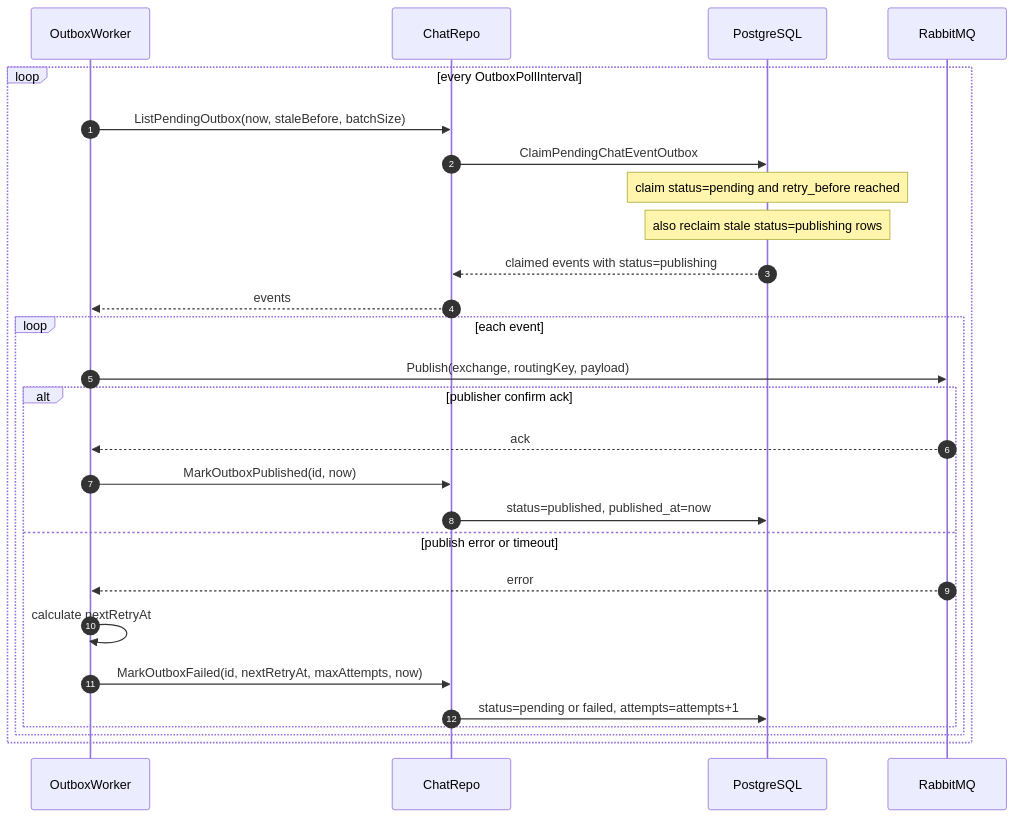
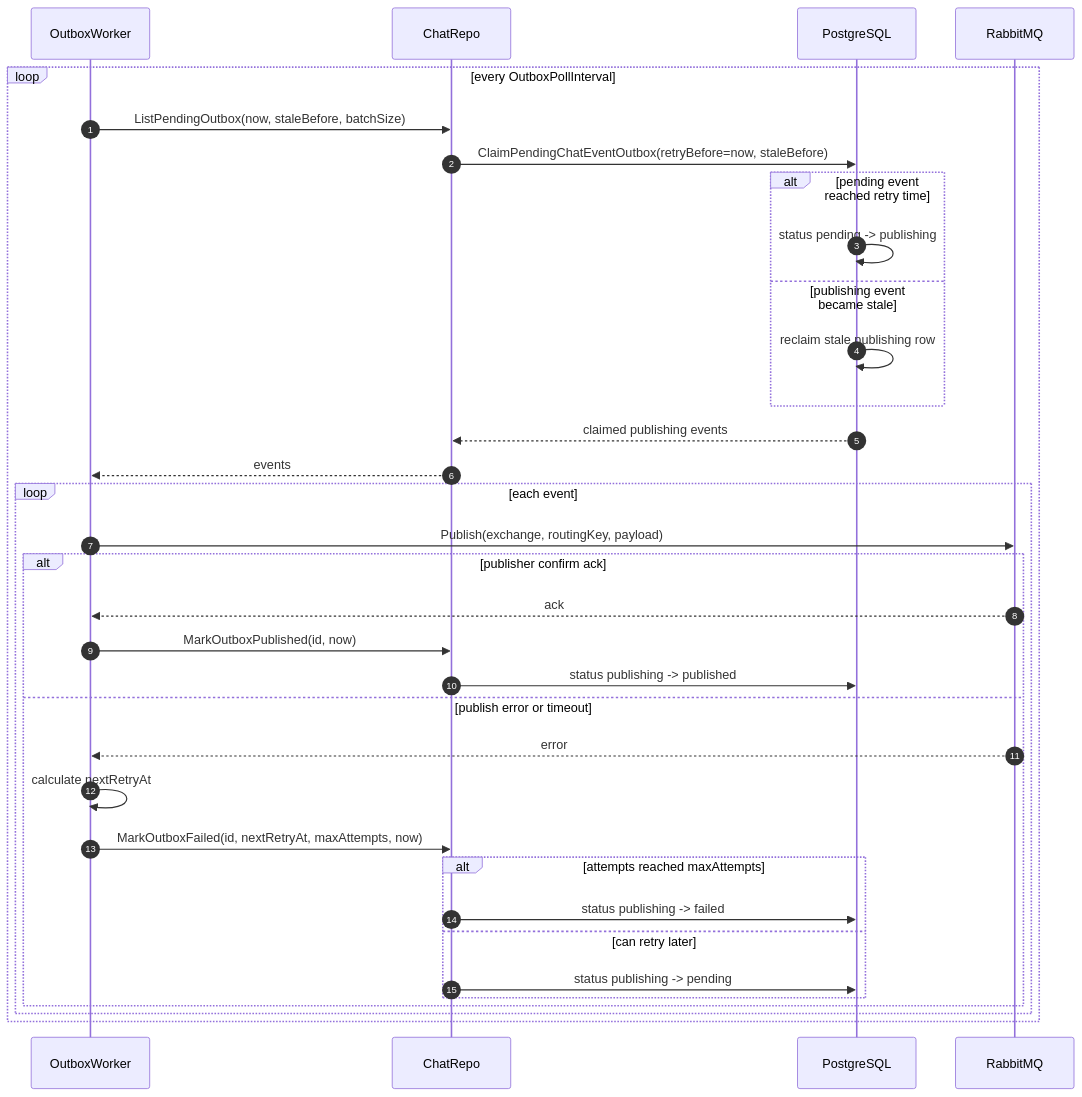
One commit to Goblin-Master/nurture changed the fourth of 6 diagrams in internal/chat/doc/README.md. Above: the diagram before and after it, drawn with Mermaid.

Commit message:
docs: clarify chat outbox sequence diagram

````diff
--- a/internal/chat/doc/README.md
+++ b/internal/chat/doc/README.md
@@ -135,31 +135,38 @@
 ```mermaid
 sequenceDiagram
   autonumber
   participant Outbox as OutboxWorker
   participant Repo as ChatRepo
   participant DB as PostgreSQL
   participant MQ as RabbitMQ
 
   loop every OutboxPollInterval
     Outbox->>Repo: ListPendingOutbox(now, staleBefore, batchSize)
-    Repo->>DB: ClaimPendingChatEventOutbox
-    Note over DB: claim status=pending and retry_before reached
-    Note over DB: also reclaim stale status=publishing rows
-    DB-->>Repo: claimed events with status=publishing
+    Repo->>DB: ClaimPendingChatEventOutbox(retryBefore=now, staleBefore)
+    alt pending event reached retry time
+      DB->>DB: status pending -> publishing
+    else publishing event became stale
+      DB->>DB: reclaim stale publishing row
+    end
+    DB-->>Repo: claimed publishing events
     Repo-->>Outbox: events
 
     loop each event
       Outbox->>MQ: Publish(exchange, routingKey, payload)
       alt publisher confirm ack
         MQ-->>Outbox: ack
         Outbox->>Repo: MarkOutboxPublished(id, now)
-        Repo->>DB: status=published, published_at=now
+        Repo->>DB: status publishing -> published
       else publish error or timeout
         MQ-->>Outbox: error
         Outbox->>Outbox: calculate nextRetryAt
         Outbox->>Repo: MarkOutboxFailed(id, nextRetryAt, maxAttempts, now)
-        Repo->>DB: status=pending or failed, attempts=attempts+1
+        alt attempts reached maxAttempts
+          Repo->>DB: status publishing -> failed
+        else can retry later
+          Repo->>DB: status publishing -> pending
+        end
       end
     end
   end
 ```
````
